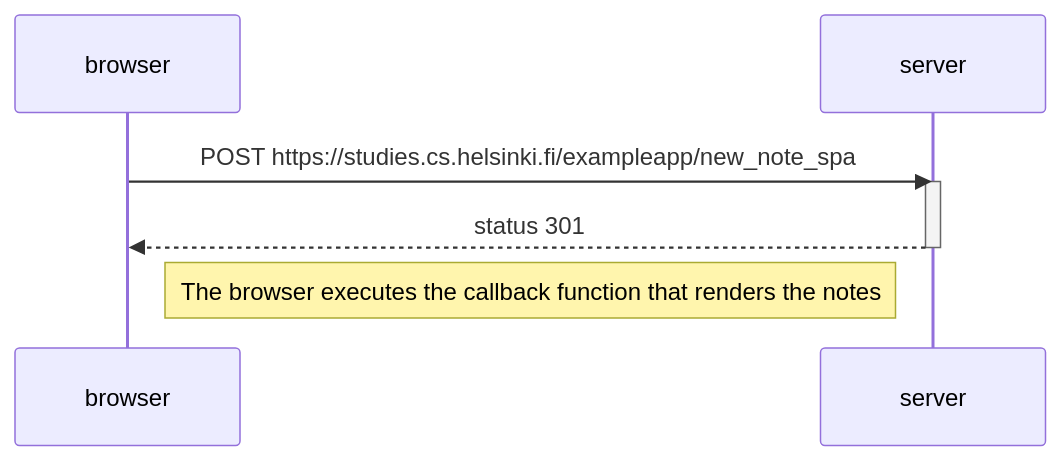
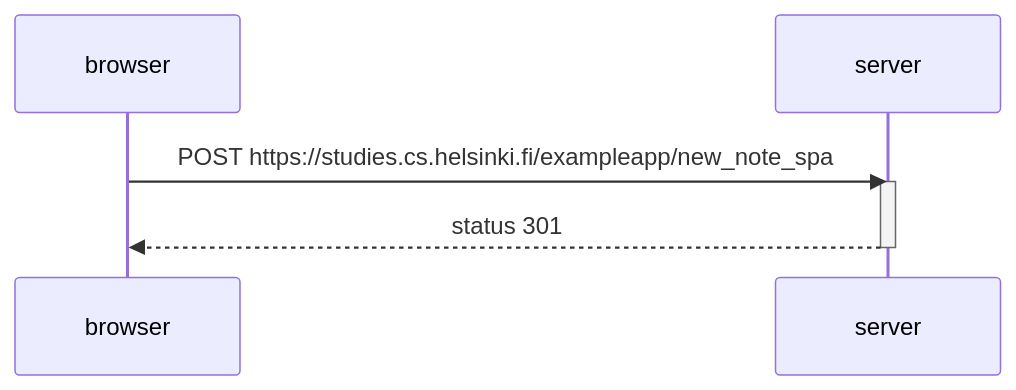
The diagram in round0/part06.md (MarkusPeVi/stack), drawn with Mermaid before and after one commit.

Commit message:
part 0.6

````diff
--- a/round0/part06.md
+++ b/round0/part06.md
@@ -1,14 +1,13 @@
 ```mermaid
 sequenceDiagram
     participant browser
     participant server
     
     browser->>server: POST  https://studies.cs.helsinki.fi/exampleapp/new_note_spa
     activate server
     server-->>browser: status 301 
     deactivate server
     
 
-    Note right of browser: The browser executes the callback function that renders the notes 
 
 ```
````
